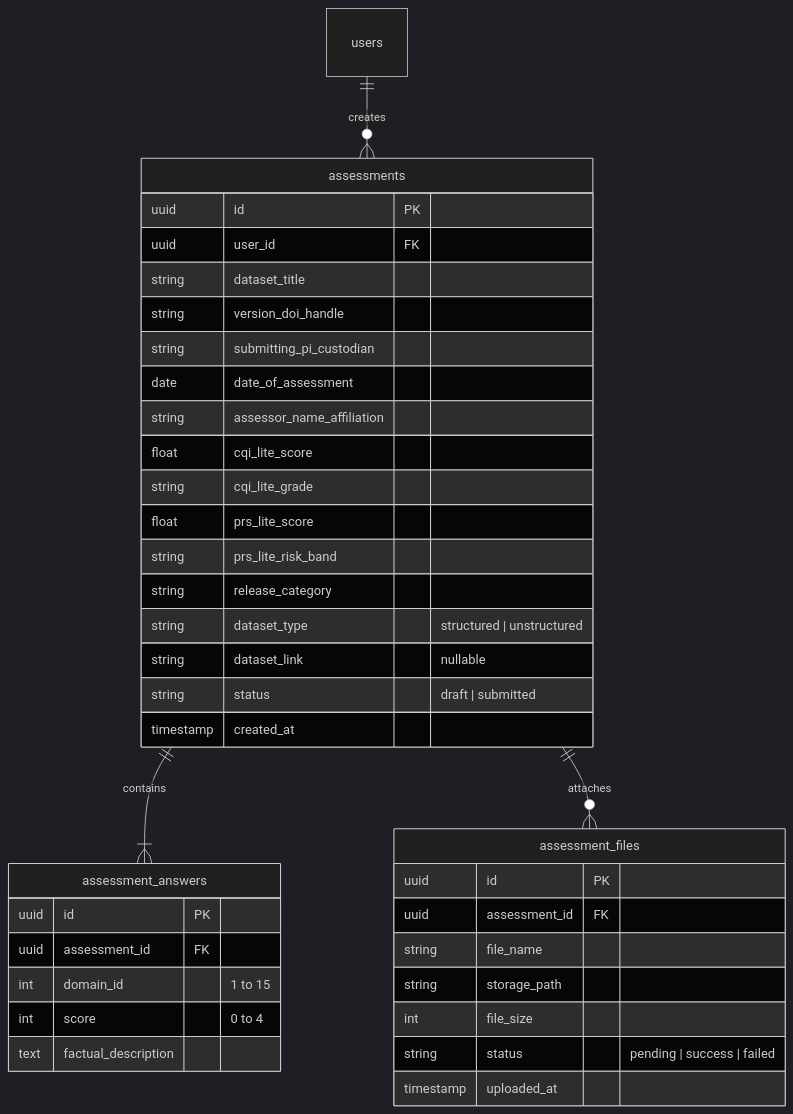
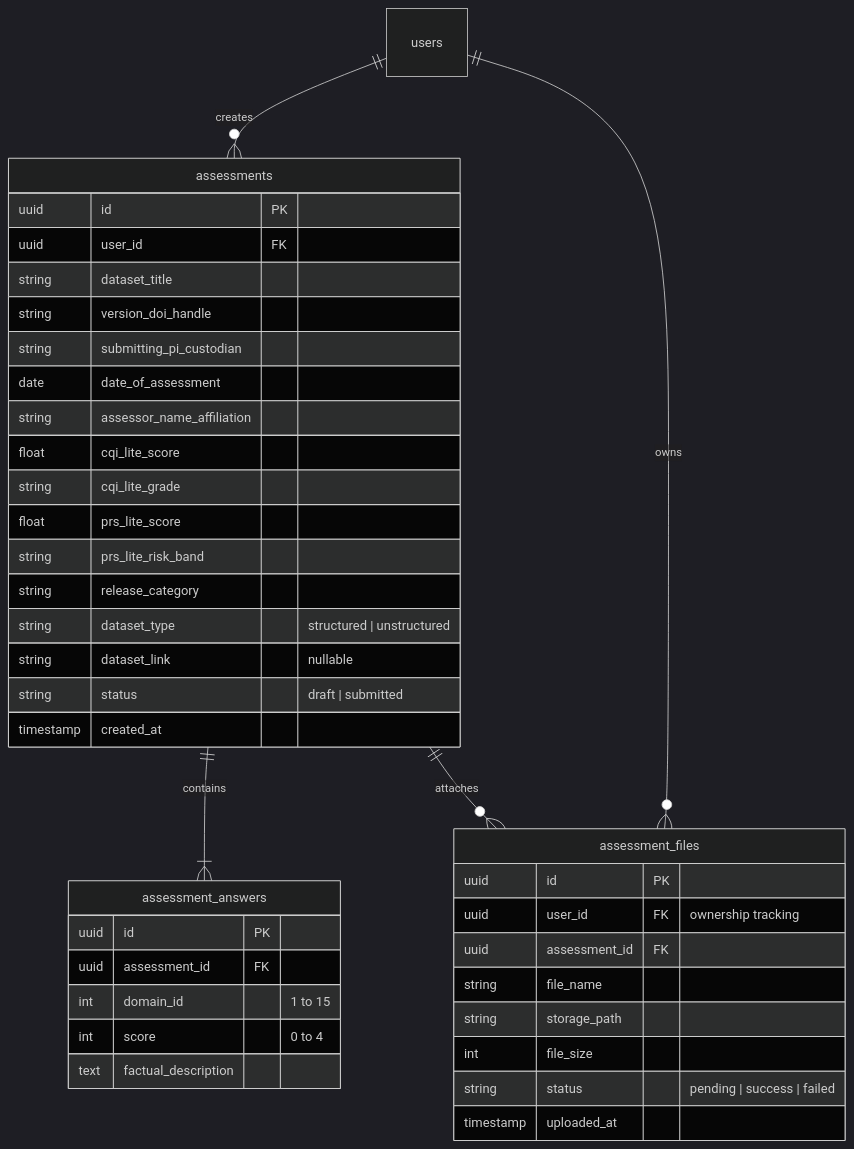
The diagram in PRD.md (RohanxDutta/MIDAS-2.0), drawn with Mermaid (dark theme) before and after one commit. The commit also changed other lines of this file and 1 other file, not shown here.

````diff
--- a/PRD.md
+++ b/PRD.md
@@ -75,43 +80,45 @@
 ```mermaid
 erDiagram
     users ||--o{ assessments : creates
     assessments ||--|{ assessment_answers : contains
     assessments ||--o{ assessment_files : attaches
+    users ||--o{ assessment_files : owns
 
     assessments {
         uuid id PK
         uuid user_id FK
         string dataset_title
         string version_doi_handle
         string submitting_pi_custodian
         date date_of_assessment
         string assessor_name_affiliation
         float cqi_lite_score
         string cqi_lite_grade
         float prs_lite_score
         string prs_lite_risk_band
         string release_category
         string dataset_type "structured | unstructured"
         string dataset_link "nullable"
         string status "draft | submitted"
         timestamp created_at
     }
 
     assessment_answers {
         uuid id PK
         uuid assessment_id FK
         int domain_id "1 to 15"
         int score "0 to 4"
         text factual_description
     }
 
     assessment_files {
         uuid id PK
+        uuid user_id FK "ownership tracking"
         uuid assessment_id FK
         string file_name
         string storage_path
         int file_size
         string status "pending | success | failed"
         timestamp uploaded_at
     }
 ```
````
